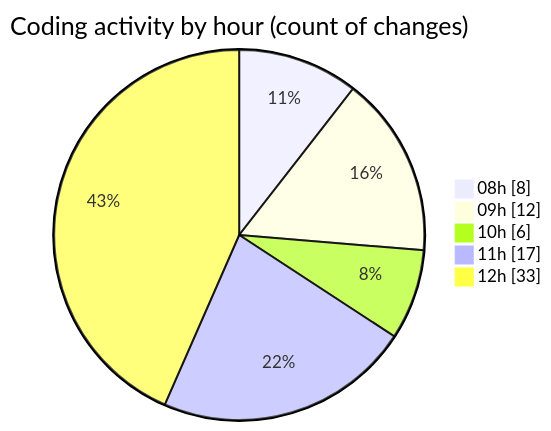
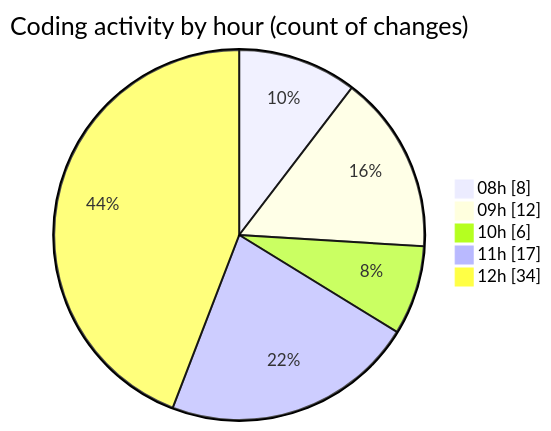
Before and after one commit to momahboobian/code-tracking: the second of 2 diagrams in 2025-09-15/cda/README.md, drawn with Mermaid. The commit also changed other lines of this file and 1 other file, not shown here.

````diff
--- a/2025-09-15/cda/README.md
+++ b/2025-09-15/cda/README.md
@@ -33,9 +33,9 @@
 ```mermaid
 pie showData
 title Coding activity by hour (count of changes)
 "08h" : 8
 "09h" : 12
 "10h" : 6
 "11h" : 17
-"12h" : 33
+"12h" : 34
 ```
````
